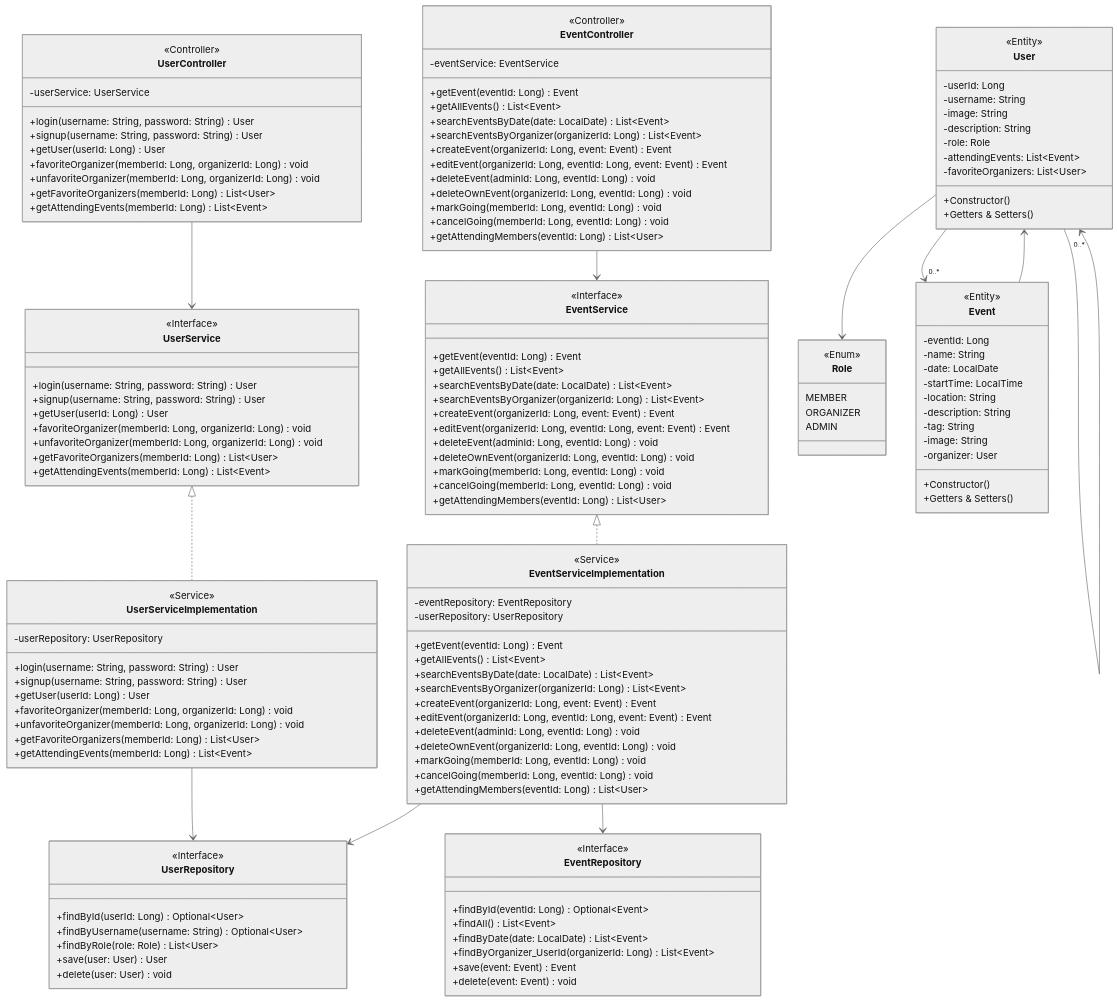
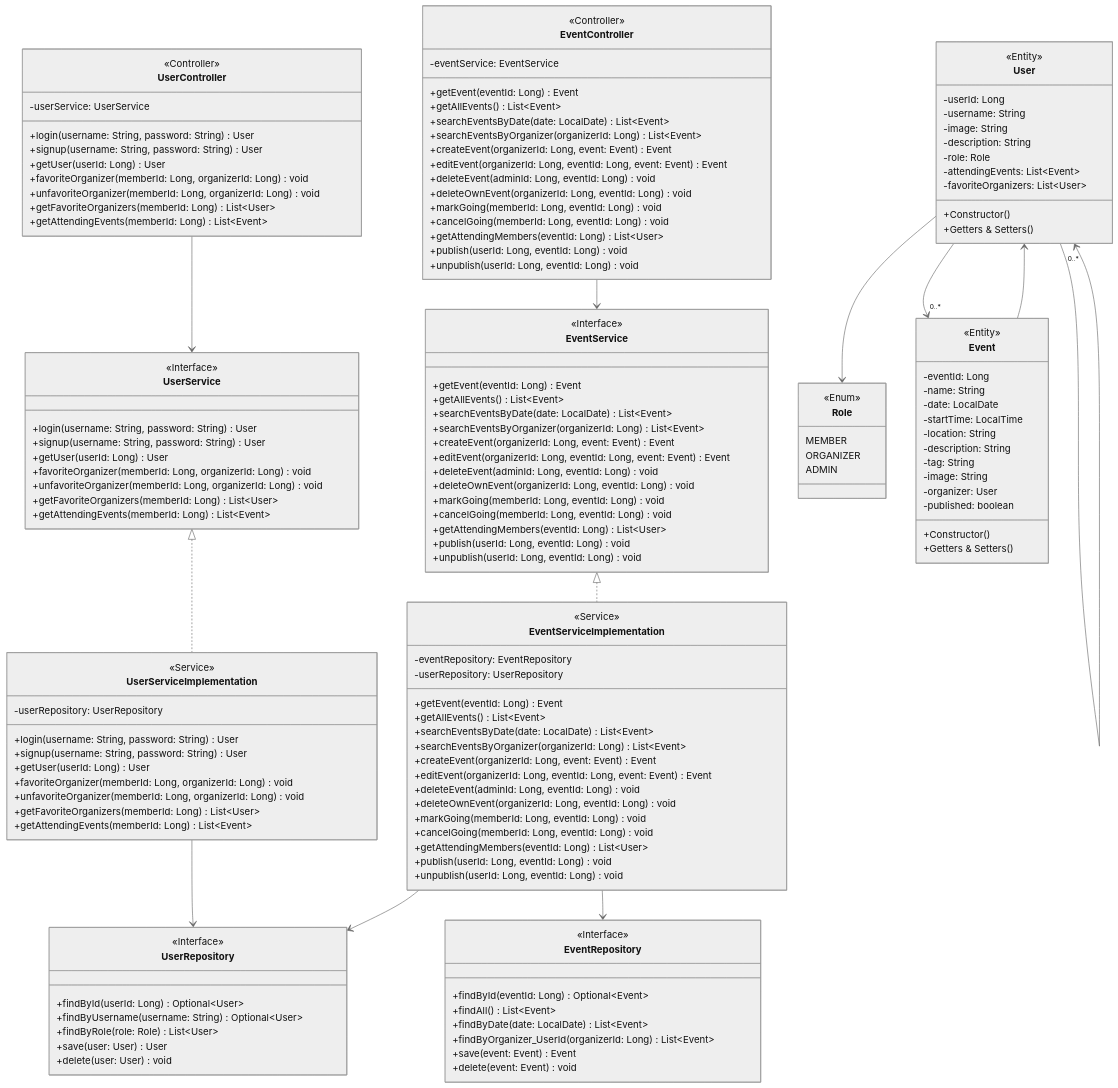
One commit to valurkristinn/skemmti changed the diagram in docs/diagrams/class-dia/class-diagram.mmd. Above: the diagram before and after it, drawn with Mermaid. The commit also changed 1 other file, not shown here.

Commit message:
fix: add published to events

```diff
--- a/docs/diagrams/class-dia/class-diagram.mmd
+++ b/docs/diagrams/class-dia/class-diagram.mmd
@@ -1,156 +1,163 @@
 %%{init: {'theme': 'neutral'} }%%
 classDiagram
 direction TB
 
 class UserController {
     <<Controller>>
     -userService: UserService
     +login(username: String, password: String) User
     +signup(username: String, password: String) User
     +getUser(userId: Long) User
     +favoriteOrganizer(memberId: Long, organizerId: Long) void
     +unfavoriteOrganizer(memberId: Long, organizerId: Long) void
     +getFavoriteOrganizers(memberId: Long) List~User~
     +getAttendingEvents(memberId: Long) List~Event~
 }
 
 class EventController {
     <<Controller>>
     -eventService: EventService
     +getEvent(eventId: Long) Event
     +getAllEvents() List~Event~
     +searchEventsByDate(date: LocalDate) List~Event~
     +searchEventsByOrganizer(organizerId: Long) List~Event~
     +createEvent(organizerId: Long, event: Event) Event
     +editEvent(organizerId: Long, eventId: Long, event: Event) Event
     +deleteEvent(adminId: Long, eventId: Long) void
     +deleteOwnEvent(organizerId: Long, eventId: Long) void
     +markGoing(memberId: Long, eventId: Long) void
     +cancelGoing(memberId: Long, eventId: Long) void
     +getAttendingMembers(eventId: Long) List~User~
+    +publish(userId: Long, eventId: Long) void
+    +unpublish(userId: Long, eventId: Long) void
 }
 
 class UserService {
     <<Interface>>
     +login(username: String, password: String) User
     +signup(username: String, password: String) User
     +getUser(userId: Long) User
     +favoriteOrganizer(memberId: Long, organizerId: Long) void
     +unfavoriteOrganizer(memberId: Long, organizerId: Long) void
     +getFavoriteOrganizers(memberId: Long) List~User~
     +getAttendingEvents(memberId: Long) List~Event~
 }
 
 class EventService {
     <<Interface>>
     +getEvent(eventId: Long) Event
     +getAllEvents() List~Event~
     +searchEventsByDate(date: LocalDate) List~Event~
     +searchEventsByOrganizer(organizerId: Long) List~Event~
     +createEvent(organizerId: Long, event: Event) Event
     +editEvent(organizerId: Long, eventId: Long, event: Event) Event
     +deleteEvent(adminId: Long, eventId: Long) void
     +deleteOwnEvent(organizerId: Long, eventId: Long) void
     +markGoing(memberId: Long, eventId: Long) void
     +cancelGoing(memberId: Long, eventId: Long) void
     +getAttendingMembers(eventId: Long) List~User~
+    +publish(userId: Long, eventId: Long) void
+    +unpublish(userId: Long, eventId: Long) void
 }
 
 class UserServiceImplementation {
     <<Service>>
     -userRepository: UserRepository
     +login(username: String, password: String) User
     +signup(username: String, password: String) User
     +getUser(userId: Long) User
     +favoriteOrganizer(memberId: Long, organizerId: Long) void
     +unfavoriteOrganizer(memberId: Long, organizerId: Long) void
     +getFavoriteOrganizers(memberId: Long) List~User~
     +getAttendingEvents(memberId: Long) List~Event~
 }
 
 class EventServiceImplementation {
     <<Service>>
     -eventRepository: EventRepository
     -userRepository: UserRepository
     +getEvent(eventId: Long) Event
     +getAllEvents() List~Event~
     +searchEventsByDate(date: LocalDate) List~Event~
     +searchEventsByOrganizer(organizerId: Long) List~Event~
     +createEvent(organizerId: Long, event: Event) Event
     +editEvent(organizerId: Long, eventId: Long, event: Event) Event
     +deleteEvent(adminId: Long, eventId: Long) void
     +deleteOwnEvent(organizerId: Long, eventId: Long) void
     +markGoing(memberId: Long, eventId: Long) void
     +cancelGoing(memberId: Long, eventId: Long) void
     +getAttendingMembers(eventId: Long) List~User~
+    +publish(userId: Long, eventId: Long) void
+    +unpublish(userId: Long, eventId: Long) void
 }
 
 class UserRepository {
     <<Interface>>
     +findById(userId: Long) Optional~User~
     +findByUsername(username: String) Optional~User~
     +findByRole(role: Role) List~User~
     +save(user: User) User
     +delete(user: User) void
 }
 
 class EventRepository {
     <<Interface>>
     +findById(eventId: Long) Optional~Event~
     +findAll() List~Event~
     +findByDate(date: LocalDate) List~Event~
     +findByOrganizer_UserId(organizerId: Long) List~Event~
     +save(event: Event) Event
     +delete(event: Event) void
 }
 
 class Role {
     <<Enum>>
     MEMBER
     ORGANIZER
     ADMIN
 }
 
 class User {
     <<Entity>>
     -userId: Long
     -username: String
     -image: String
     -description: String
     -role: Role
     -attendingEvents: List~Event~
     -favoriteOrganizers: List~User~
     +Constructor()
     +Getters & Setters()
 }
 
 class Event {
     <<Entity>>
     -eventId: Long
     -name: String
     -date: LocalDate
     -startTime: LocalTime
     -location: String
     -description: String
     -tag: String
     -image: String
     -organizer: User
+    -published: boolean
     +Constructor()
     +Getters & Setters()
 }
 
 UserController --> UserService
 EventController --> EventService
 
 UserService <|.. UserServiceImplementation
 EventService <|.. EventServiceImplementation
 
 UserServiceImplementation --> UserRepository
 EventServiceImplementation --> EventRepository
 EventServiceImplementation --> UserRepository
 
 User --> Role
 
 Event --> User
 User --> "0..*" Event
 User --> "0..*" User 
```
